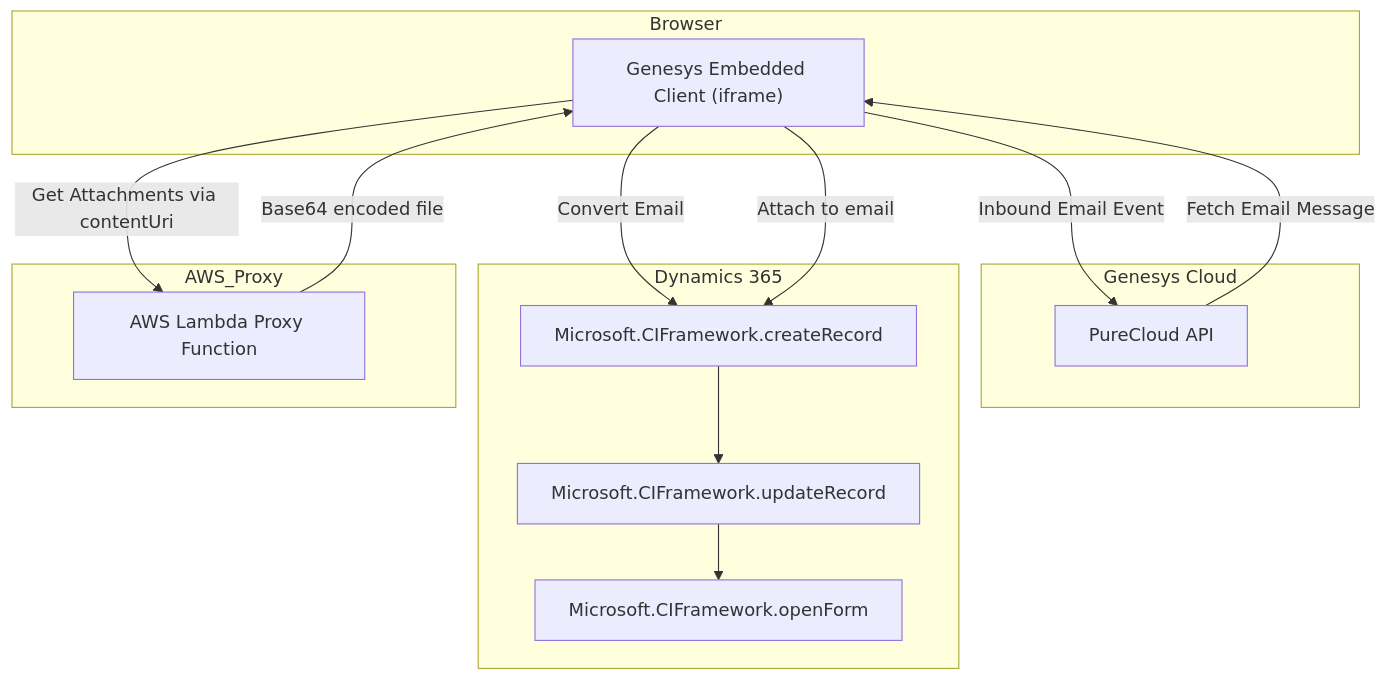
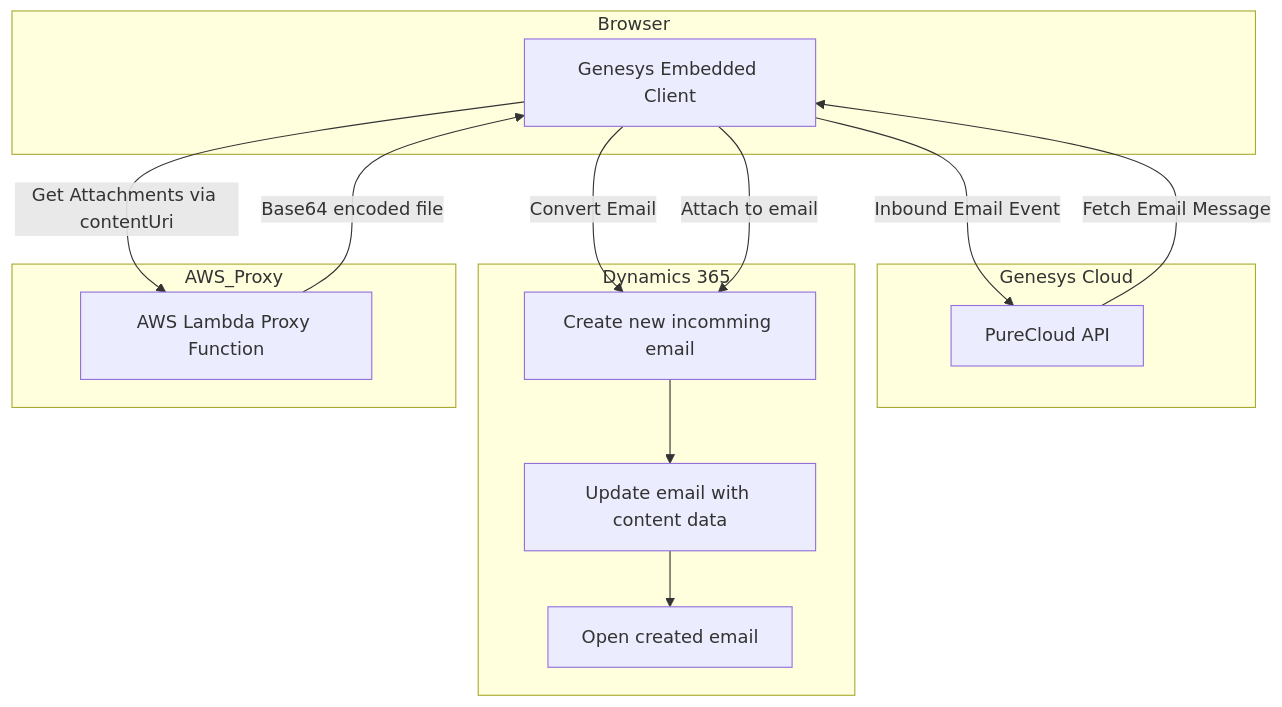
The diagram in 1.md (Elishava/test), drawn with Mermaid before and after one commit. The commit also changed other lines of this file, not shown here.

````diff
--- a/1.md
+++ b/1.md
@@ -15,30 +15,30 @@
 ```mermaid
 flowchart TD
   subgraph Browser
-    A["Genesys Embedded Client (iframe)"]
+    A["Genesys Embedded Client"]
   end
 
   subgraph Genesys Cloud
     B["PureCloud API"]
   end
 
   subgraph Dynamics 365
-    C["Microsoft.CIFramework.createRecord"]
-    D["Microsoft.CIFramework.updateRecord"]
-    E["Microsoft.CIFramework.openForm"]
+    C["Сreate new incomming email"]
+    D["Update email with content data"]
+    E["Open created email"]
   end
 
   subgraph AWS_Proxy
     F["AWS Lambda Proxy Function"]
   end
 
   A -->|Inbound Email Event| B
   B -->|Fetch Email Message| A
   A -->|Convert Email| C
   C --> D
   D --> E
   A -->|Get Attachments via contentUri| F
   F -->|Base64 encoded file| A
   A -->|Attach to email| C
 
 ```
````
